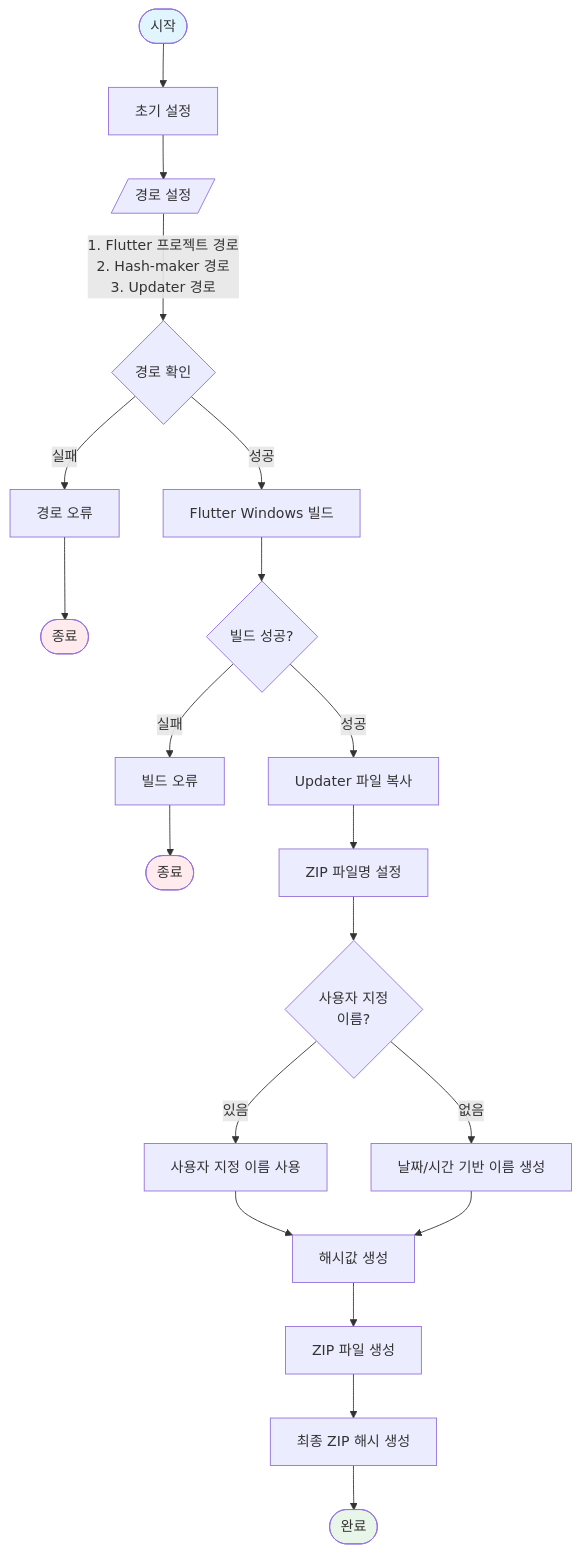
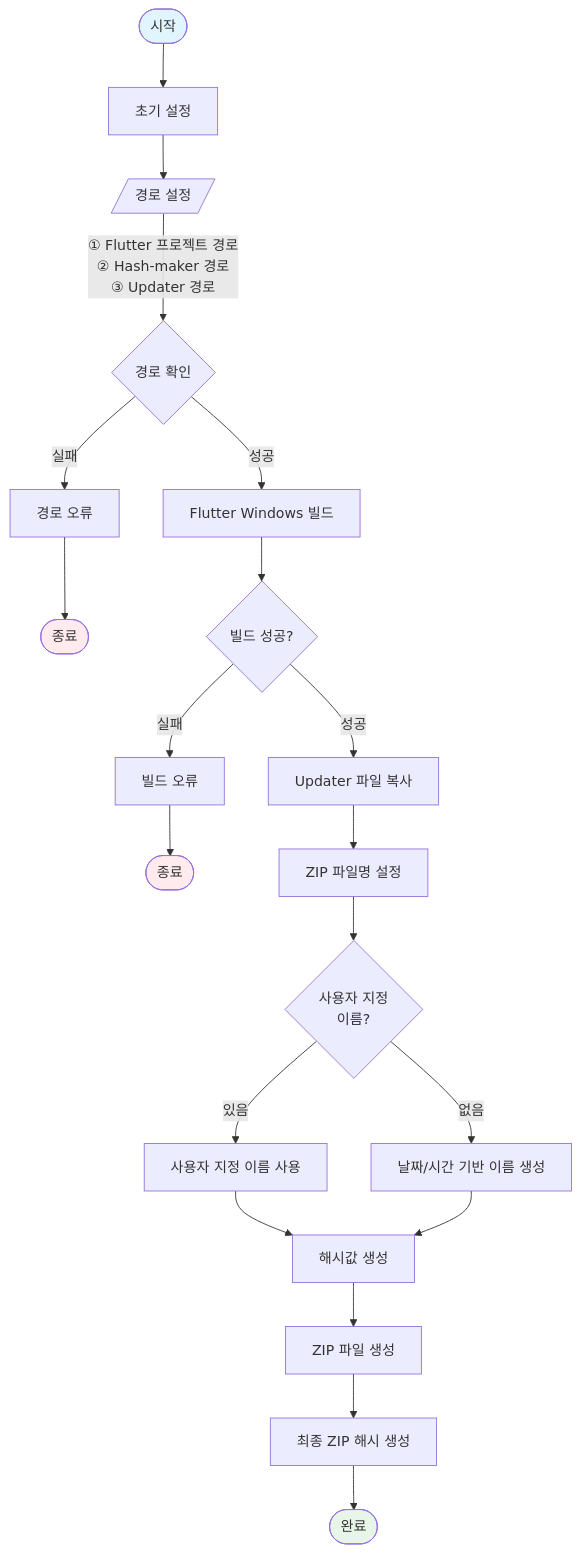
Before and after one commit to kihyun1998/simple_update_test: the first of 2 diagrams in README.md, drawn with Mermaid.

````diff
--- a/README.md
+++ b/README.md
@@ -7,35 +7,35 @@
 ```mermaid
 flowchart TB
     Start([시작]) --> Init[초기 설정]
     Init --> Settings[/경로 설정/]
-    Settings -->|"1. Flutter 프로젝트 경로<br>2. Hash-maker 경로<br>3. Updater 경로"| CheckPaths{경로 확인}
+    Settings -->|"① Flutter 프로젝트 경로<br>② Hash-maker 경로<br>③ Updater 경로"| CheckPaths{경로 확인}
     
     CheckPaths -->|실패| Error1[경로 오류]
     Error1 --> End1([종료])
     
     CheckPaths -->|성공| BuildFlutter[Flutter Windows 빌드]
     BuildFlutter --> CheckBuild{빌드 성공?}
     
     CheckBuild -->|실패| Error2[빌드 오류]
     Error2 --> End2([종료])
     
     CheckBuild -->|성공| CopyUpdater[Updater 파일 복사]
     CopyUpdater --> SetZipName[ZIP 파일명 설정]
     
     SetZipName --> CustomName{사용자 지정<br>이름?}
     CustomName -->|있음| UseCustom[사용자 지정 이름 사용]
     CustomName -->|없음| UseDateTime[날짜/시간 기반 이름 생성]
     
     UseCustom --> GenHash[해시값 생성]
     UseDateTime --> GenHash
     
     GenHash --> CreateZip[ZIP 파일 생성]
     CreateZip --> FinalHash[최종 ZIP 해시 생성]
     
     FinalHash --> Success([완료])
 
     style Start fill:#e1f5fe
     style Success fill:#e8f5e9
     style End1 fill:#ffebee
     style End2 fill:#ffebee
 ```
````
